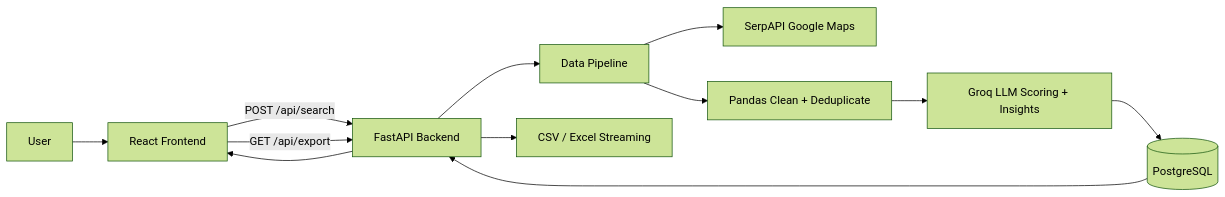
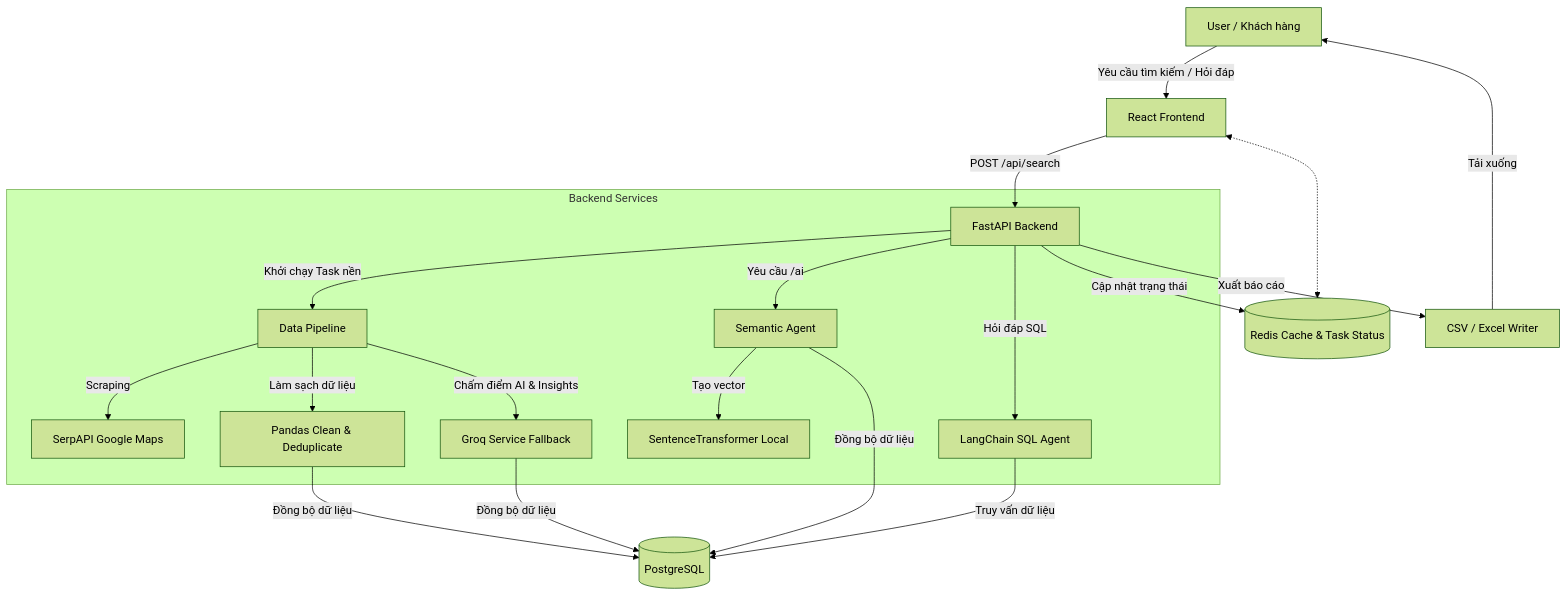
One commit to NgThanhQuyen/ai-business-agent changed the diagram in README.md. Above: the diagram before and after it, drawn with Mermaid (forest theme). The commit also changed other lines of this file and 16 other files, not shown here.

Commit message:
Thêm tìm kiếm thông minh bằng AI

````diff
--- a/README.md
+++ b/README.md
@@ -23,14 +45,26 @@
 ```mermaid
-flowchart LR
-    U[User] --> FE[React Frontend]
+flowchart TD
+    U[User / Khách hàng] -->|Yêu cầu tìm kiếm / Hỏi đáp| FE[React Frontend]
     FE -->|POST /api/search| API[FastAPI Backend]
-    API --> PIPE[Data Pipeline]
-    PIPE --> SERP[SerpAPI Google Maps]
-    PIPE --> CLEAN[Pandas Clean + Deduplicate]
-    CLEAN --> LLM[Groq LLM Scoring + Insights]
-    LLM --> DB[(PostgreSQL)]
-    DB --> API
-    API --> FE
-    FE -->|GET /api/export| API
-    API --> OUT[CSV / Excel Streaming]
+    
+    subgraph Backend Services
+        API -->|Khởi chạy Task nền| PIPE[Data Pipeline]
+        PIPE -->|Scraping| SERP[SerpAPI Google Maps]
+        PIPE -->|Làm sạch dữ liệu| PD[Pandas Clean & Deduplicate]
+        PIPE -->|Chấm điểm AI & Insights| Groq[Groq Service Fallback]
+        
+        API -->|Yêu cầu /ai| SEM[Semantic Agent]
+        SEM -->|Tạo vector| SBERT[SentenceTransformer Local]
+        
+        API -->|Hỏi đáp SQL| SQL[LangChain SQL Agent]
+    end
+    
+    PD & Groq & SEM -->|Đồng bộ dữ liệu| DB[(PostgreSQL)]
+    SQL -->|Truy vấn dữ liệu| DB
+    
+    API -->|Cập nhật trạng thái| REDIS[(Redis Cache & Task Status)]
+    REDIS <.-> FE
+    
+    API -->|Xuất báo cáo| EXP[CSV / Excel Writer]
+    EXP -->|Tải xuống| U
 ```
````
